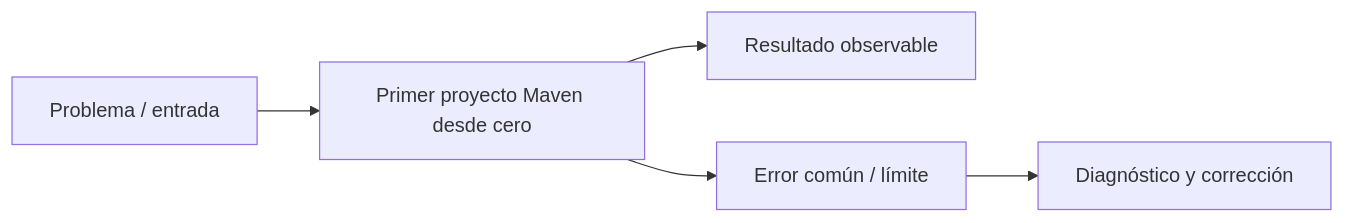
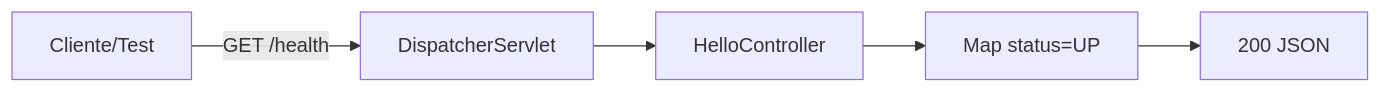
The diagram in docs/cursos/springboot-microservicios-desde-cero/fichas/m01-l04-primer-proyecto-maven-desde-cero.md (NICORUIZ93/The_Imperial_Book), drawn with Mermaid before and after one commit. The commit also changed other lines of this file and 119 other files, not shown here.

````diff
--- a/docs/cursos/springboot-microservicios-desde-cero/fichas/m01-l04-primer-proyecto-maven-desde-cero.md
+++ b/docs/cursos/springboot-microservicios-desde-cero/fichas/m01-l04-primer-proyecto-maven-desde-cero.md
@@ -19,7 +27,7 @@
 ```mermaid
 flowchart LR
-  A[Problema / entrada] --> B[Primer proyecto Maven desde cero]
-  B --> C[Resultado observable]
-  B --> D[Error común / límite]
-  D --> E[Diagnóstico y corrección]
+  C[Cliente/Test] -->|GET /health| D[DispatcherServlet]
+  D --> HC[HelloController]
+  HC --> J[Map status=UP]
+  J --> R[200 JSON]
 ```
````
